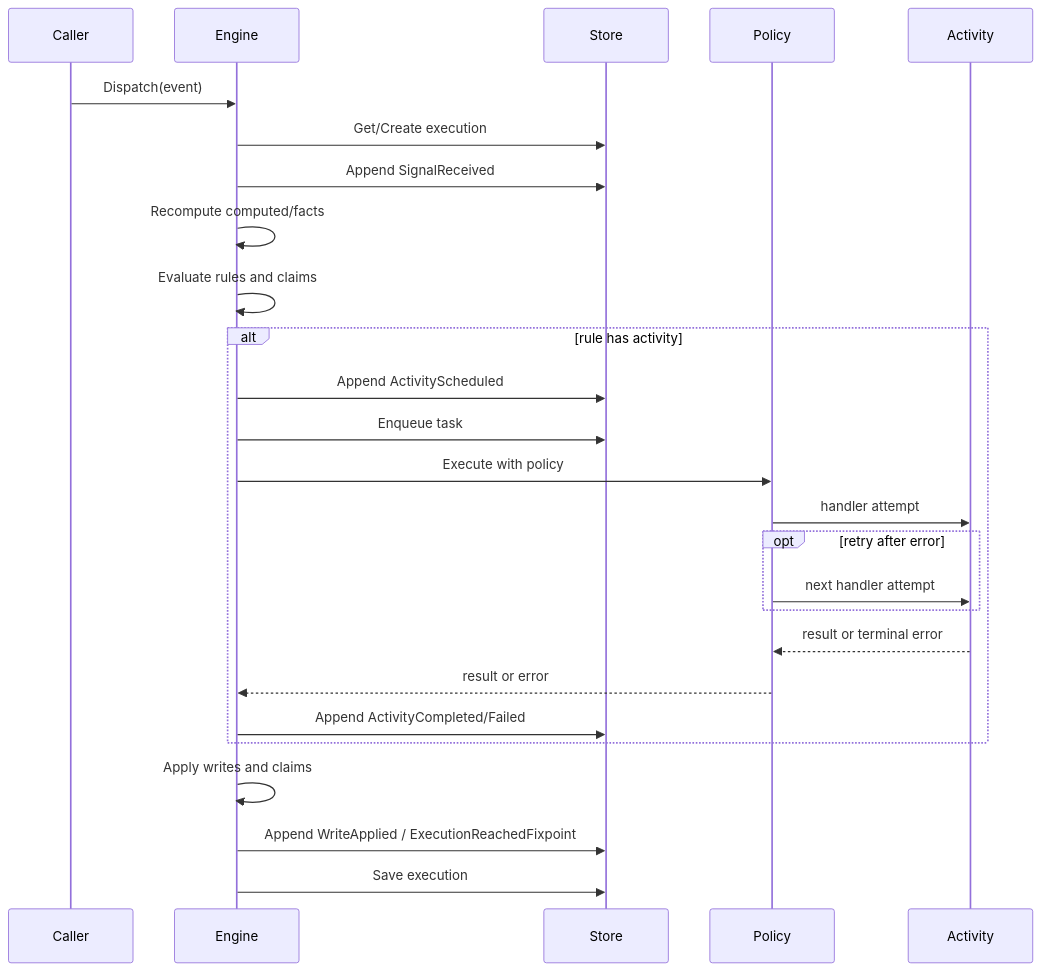
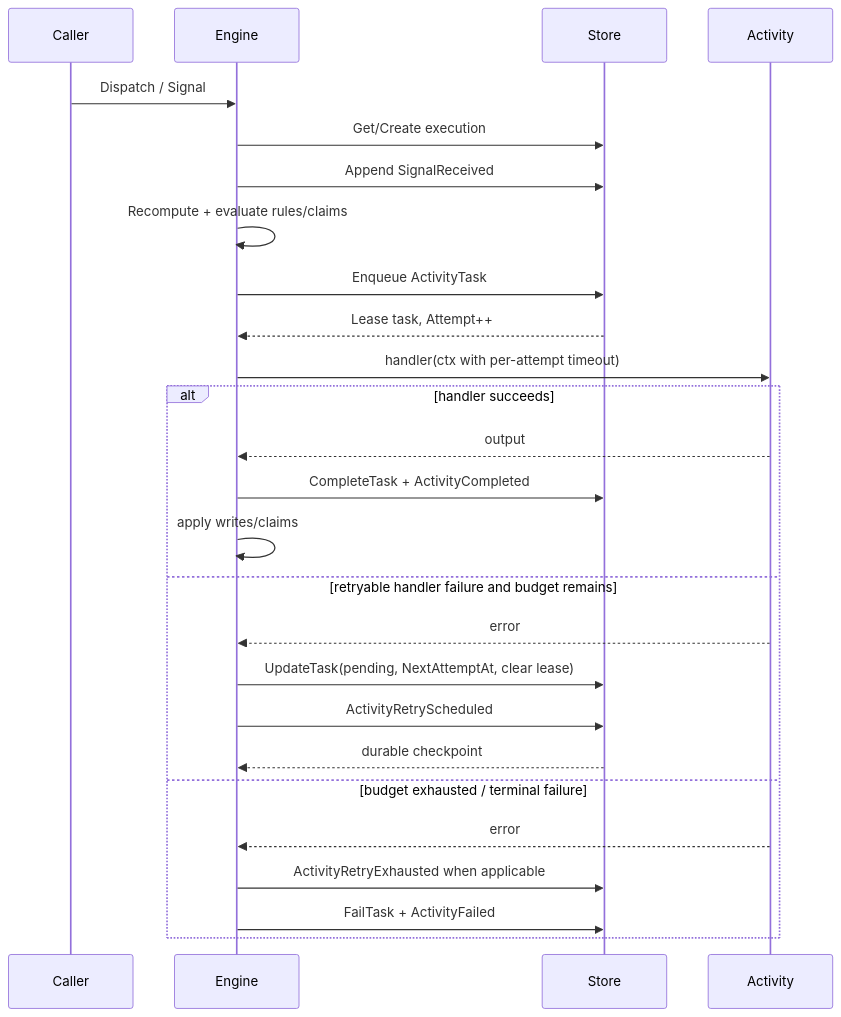
The fourth of 4 diagrams in ARCHITECTURE.md (Homiakus/axiom), drawn with Mermaid before and after one commit. The commit also changed other lines of this file, not shown here.

Commit message:
docs(architecture): describe persisted retry lifecycle

````diff
--- a/ARCHITECTURE.md
+++ b/ARCHITECTURE.md
@@ -114,29 +119,29 @@
 ```mermaid
 sequenceDiagram
     participant C as Caller
     participant E as Engine
     participant S as Store
-    participant P as Policy
     participant A as Activity
 
-    C->>E: Dispatch(event)
+    C->>E: Dispatch / Signal
     E->>S: Get/Create execution
     E->>S: Append SignalReceived
-    E->>E: Recompute computed/facts
-    E->>E: Evaluate rules and claims
-    alt rule has activity
-        E->>S: Append ActivityScheduled
-        E->>S: Enqueue task
-        E->>P: Execute with policy
-        P->>A: handler attempt
-        opt retry after error
-            P->>A: next handler attempt
-        end
-        A-->>P: result or terminal error
-        P-->>E: result or error
-        E->>S: Append ActivityCompleted/Failed
+    E->>E: Recompute + evaluate rules/claims
+    E->>S: Enqueue ActivityTask
+    S-->>E: Lease task, Attempt++
+    E->>A: handler(ctx with per-attempt timeout)
+    alt handler succeeds
+        A-->>E: output
+        E->>S: CompleteTask + ActivityCompleted
+        E->>E: apply writes/claims
+    else retryable handler failure and budget remains
+        A-->>E: error
+        E->>S: UpdateTask(pending, NextAttemptAt, clear lease)
+        E->>S: ActivityRetryScheduled
+        S-->>E: durable checkpoint
+    else budget exhausted / terminal failure
+        A-->>E: error
+        E->>S: ActivityRetryExhausted when applicable
+        E->>S: FailTask + ActivityFailed
     end
-    E->>E: Apply writes and claims
-    E->>S: Append WriteApplied / ExecutionReachedFixpoint
-    E->>S: Save execution
 ```
````
